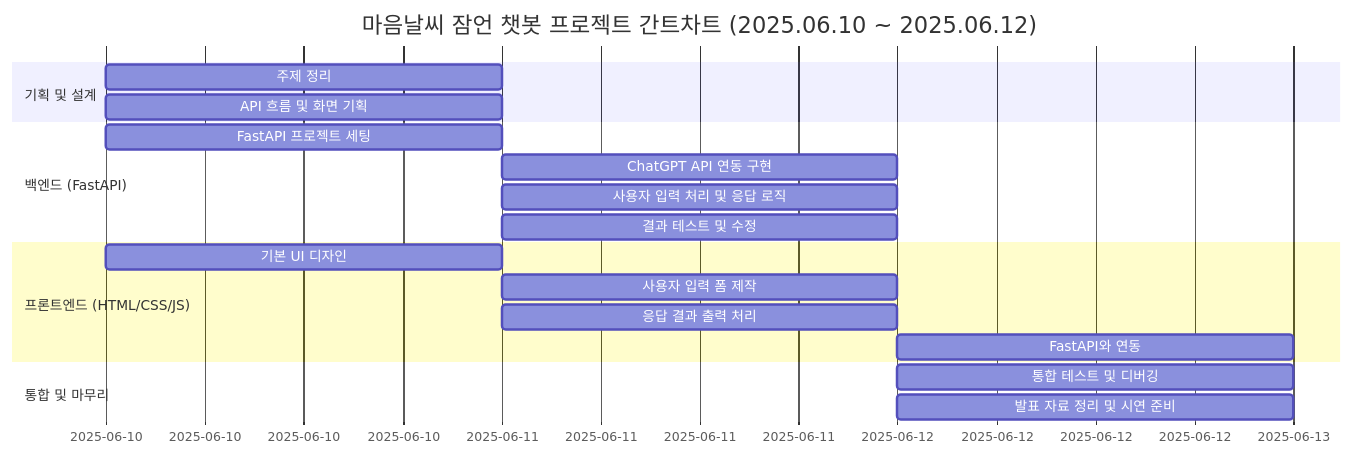
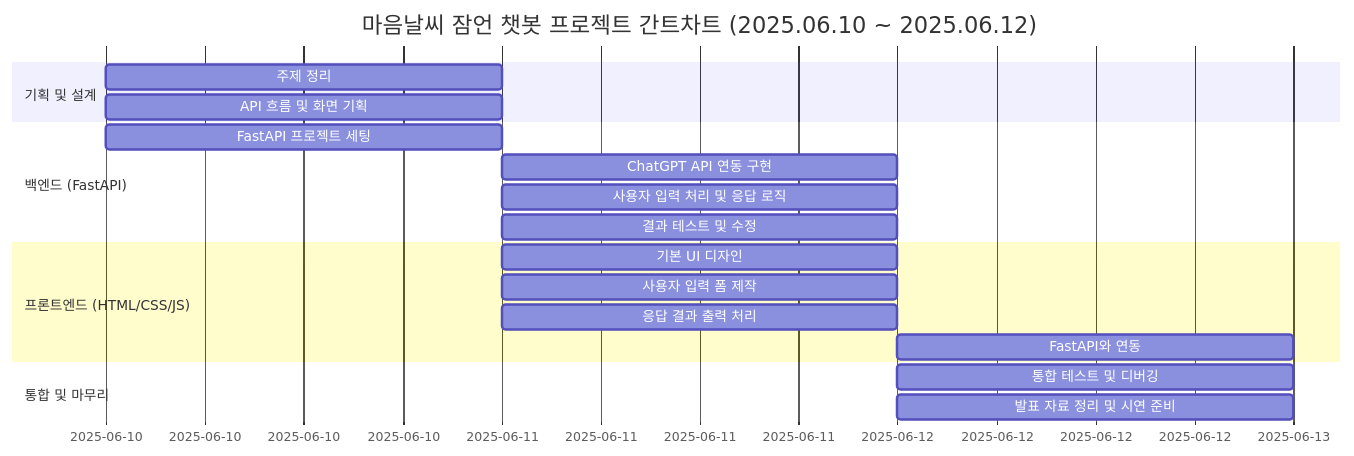
Before and after one commit to GH-57/First_Project: the diagram in README.md, drawn with Mermaid.

Commit message:
프로젝트 1일차

````diff
--- a/README.md
+++ b/README.md
@@ -3,27 +3,27 @@
 ```mermaid
 gantt
     title 마음날씨 잠언 챗봇 프로젝트 간트차트 (2025.06.10 ~ 2025.06.12)
     dateFormat  YYYY-MM-DD
     excludes    weekends
 
     section 기획 및 설계
     주제 정리        :   2025-06-10, 0.5d
     API 흐름 및 화면 기획        :   2025-06-10, 0.5d
 
     section 백엔드 (FastAPI)
     FastAPI 프로젝트 세팅        :2025-06-10, 0.5d
     ChatGPT API 연동 구현        :        2025-06-11, 0.5d
     사용자 입력 처리 및 응답 로직:        2025-06-11, 0.5d
     결과 테스트 및 수정          :        2025-06-11, 0.5d
 
     section 프론트엔드 (HTML/CSS/JS)
-    기본 UI 디자인               :        2025-06-10, 0.5d
+    기본 UI 디자인               :        2025-06-11, 0.5d
     사용자 입력 폼 제작          :        2025-06-11, 0.5d
     응답 결과 출력 처리          :        2025-06-11, 0.5d
     FastAPI와 연동               :        2025-06-12, 0.5d
 
     section 통합 및 마무리
     통합 테스트 및 디버깅        :        2025-06-12, 0.5d
     발표 자료 정리 및 시연 준비  :        2025-06-12, 0.5d
 
 ```
````
